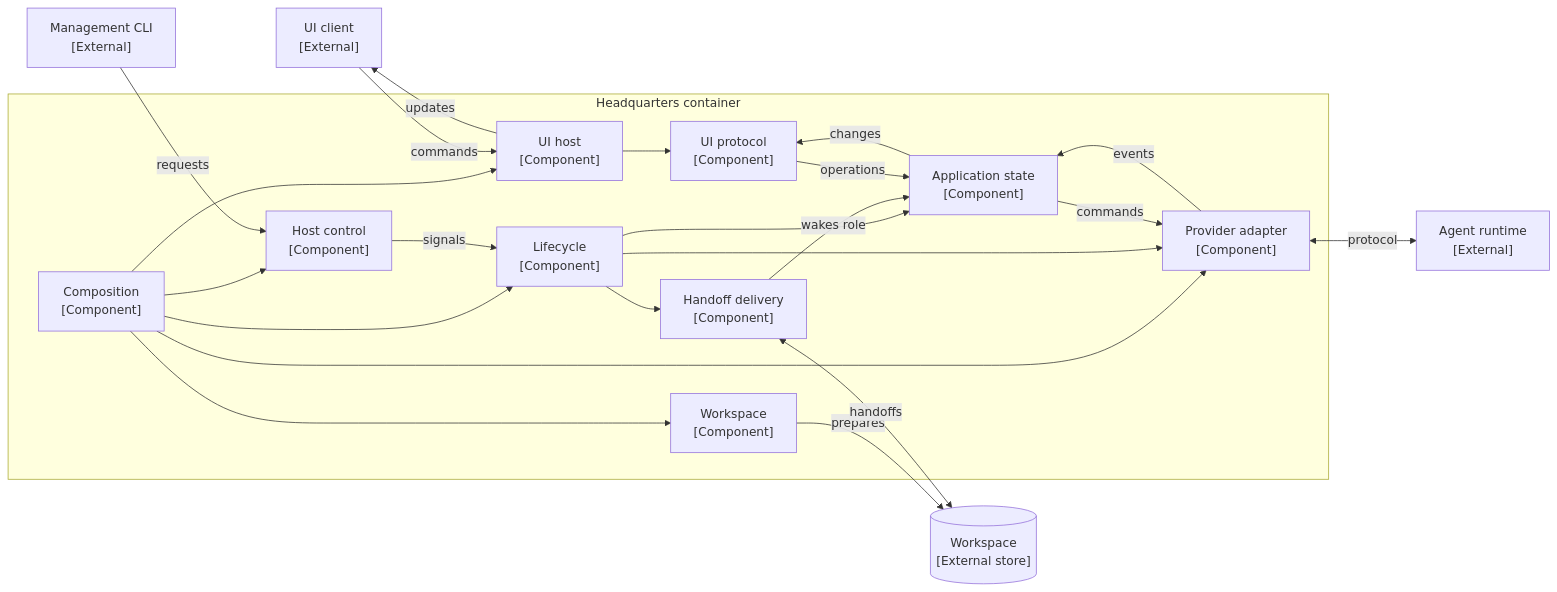
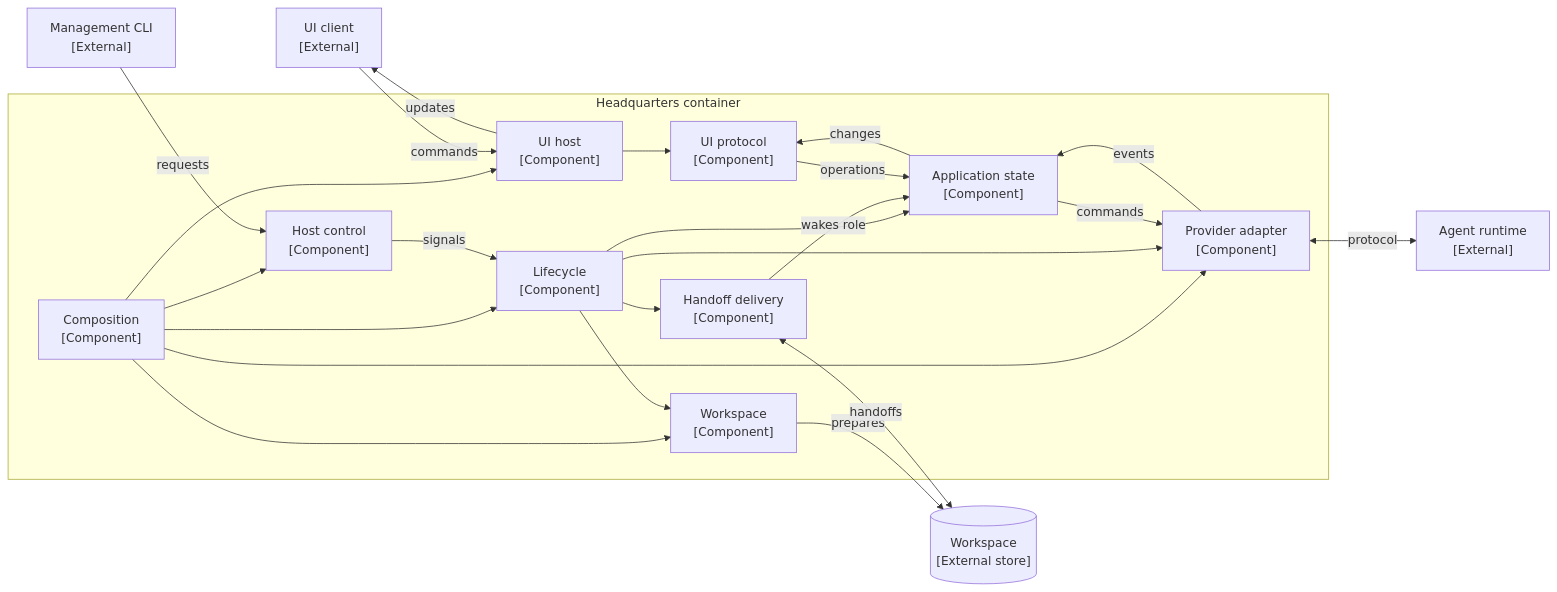
One commit to plainionist/BlaXquad changed the third of 5 diagrams in docs/manual/architecture.md. Above: the diagram before and after it, drawn with Mermaid. The commit also changed 12 other files, not shown here.

````diff
--- a/docs/manual/architecture.md
+++ b/docs/manual/architecture.md
@@ -127,41 +127,42 @@
 ```mermaid
 flowchart LR
   uiClient["UI client<br/>[External]"]
   controlClient["Management CLI<br/>[External]"]
   workspace[("Workspace<br/>[External store]")]
   providerRuntime["Agent runtime<br/>[External]"]
 
     subgraph headquarters["Headquarters container"]
     composition["Composition<br/>[Component]"]
     lifecycle["Lifecycle<br/>[Component]"]
     workspaceManager["Workspace<br/>[Component]"]
     control["Host control<br/>[Component]"]
     application["Application state<br/>[Component]"]
     delivery["Handoff delivery<br/>[Component]"]
     uiProtocol["UI protocol<br/>[Component]"]
     uiHost["UI host<br/>[Component]"]
     providerAdapter["Provider adapter<br/>[Component]"]
     end
 
     composition --> lifecycle
     composition --> workspaceManager
     composition --> control
     composition --> uiHost
     composition --> providerAdapter
     lifecycle --> application
     lifecycle --> delivery
     lifecycle --> providerAdapter
+    lifecycle --> workspaceManager
     workspaceManager -->|"prepares"| workspace
     delivery <-->|"handoffs"| workspace
     delivery -->|"wakes role"| application
     application -->|"commands"| providerAdapter
     providerAdapter -->|"events"| application
     providerAdapter <-->|"protocol"| providerRuntime
     uiHost --> uiProtocol
     uiClient -->|"commands"| uiHost
     uiHost -->|"updates"| uiClient
     uiProtocol -->|"operations"| application
     application -->|"changes"| uiProtocol
     controlClient -->|"requests"| control
     control -->|"signals"| lifecycle
 ```
````
